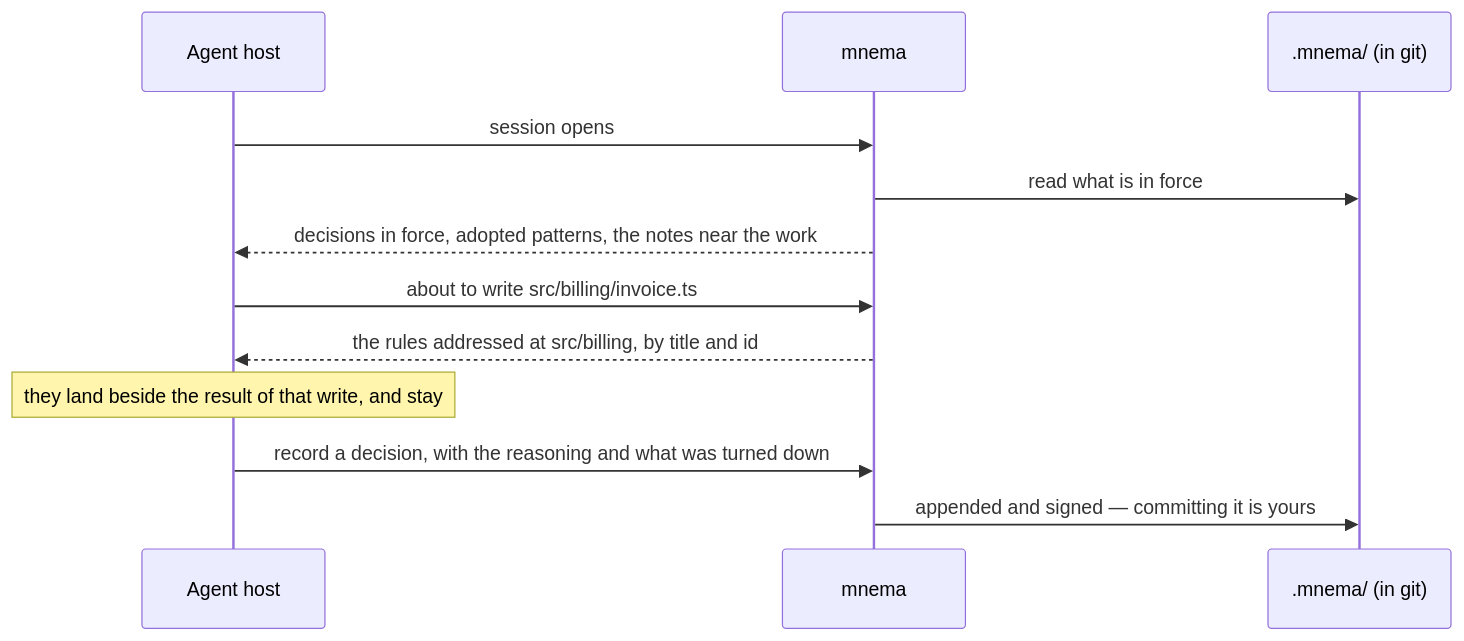
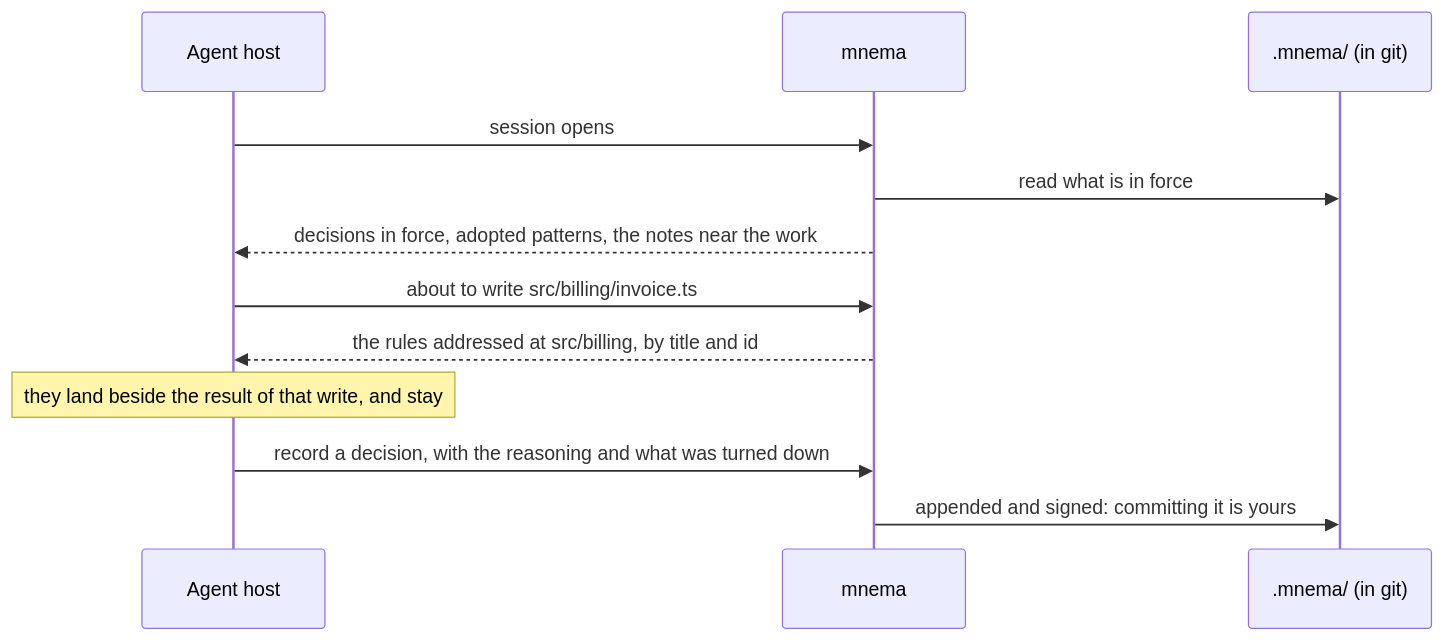
One commit to felipesauer/mnema changed the diagram in docs/agent-hosts.md. Above: the diagram before and after it, drawn with Mermaid. The commit also changed other lines of this file and 13 other files, not shown here.

````diff
--- a/docs/agent-hosts.md
+++ b/docs/agent-hosts.md
@@ -8,14 +8,14 @@
 ```mermaid
 sequenceDiagram
     participant H as Agent host
     participant M as mnema
     participant R as .mnema/ (in git)
     H->>M: session opens
     M->>R: read what is in force
     M-->>H: decisions in force, adopted patterns, the notes near the work
     H->>M: about to write src/billing/invoice.ts
     M-->>H: the rules addressed at src/billing, by title and id
     Note over H: they land beside the result of that write, and stay
     H->>M: record a decision, with the reasoning and what was turned down
-    M->>R: appended and signed — committing it is yours
+    M->>R: appended and signed: committing it is yours
 ```
````
